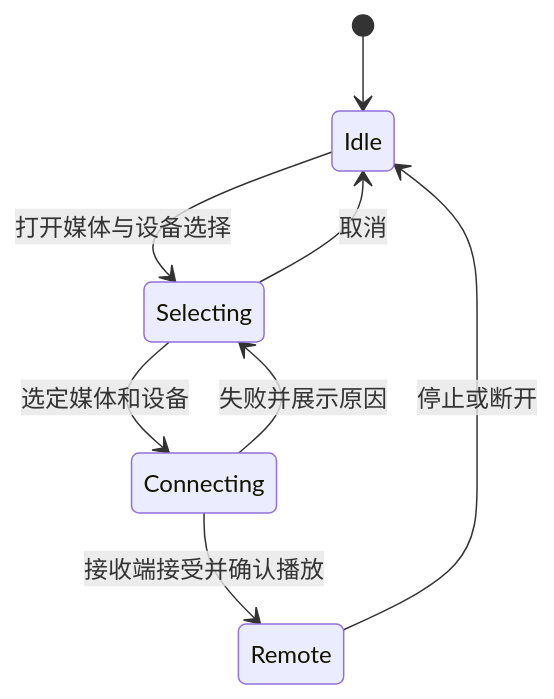
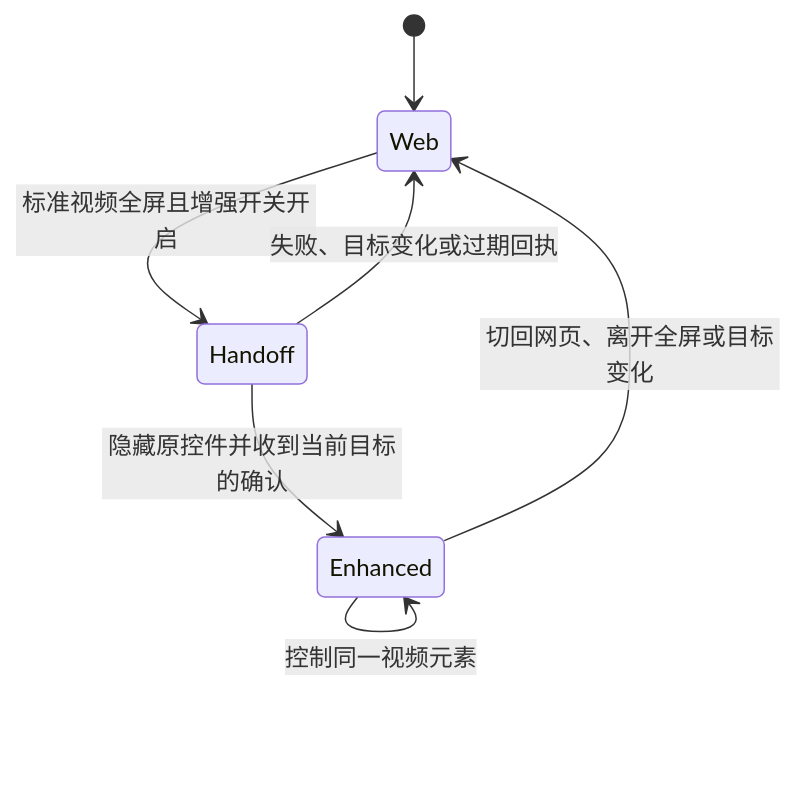
Before and after one commit to Nobilta/pure-browser: the first of 2 diagrams in design/video-playback-and-casting.md, drawn with Mermaid. The commit also changed other lines of this file and 212 other files, not shown here.

````diff
--- a/design/video-playback-and-casting.md
+++ b/design/video-playback-and-casting.md
@@ -58,10 +18,9 @@
 ```mermaid
 stateDiagram-v2
-    [*] --> Idle
-    Idle --> Selecting: 打开媒体与设备选择
-    Selecting --> Idle: 取消
-    Selecting --> Connecting: 选定媒体和设备
-    Connecting --> Remote: 接收端接受并确认播放
-    Connecting --> Selecting: 失败并展示原因
-    Remote --> Idle: 停止或断开
+    [*] --> Web
+    Web --> Handoff: 标准视频全屏且增强开关开启
+    Handoff --> Enhanced: 隐藏原控件并收到当前目标的确认
+    Handoff --> Web: 失败、目标变化或过期回执
+    Enhanced --> Web: 切回网页、离开全屏或目标变化
+    Enhanced --> Enhanced: 控制同一视频元素
 ```
````
